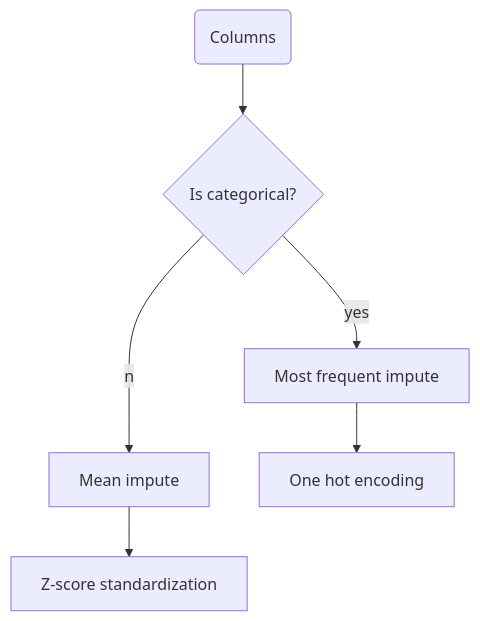
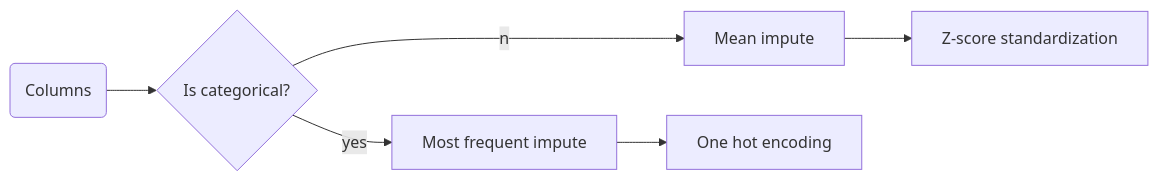
Before and after one commit to holaaaaa12345/SuperPlug: the first of 2 diagrams in README.md, drawn with Mermaid. The commit also changed other lines of this file and 3 other files, not shown here.

````diff
--- a/README.md
+++ b/README.md
@@ -13,8 +19,8 @@
 ```mermaid
-  graph TD;
+  graph LR;
       A(Columns)  --> B{Is categorical?}
       B --yes--> C[Most frequent impute]
       B --no--> D[Mean impute]
       C --> E[One hot encoding]
       D --> F[Z-score standardization]
 ```
````
